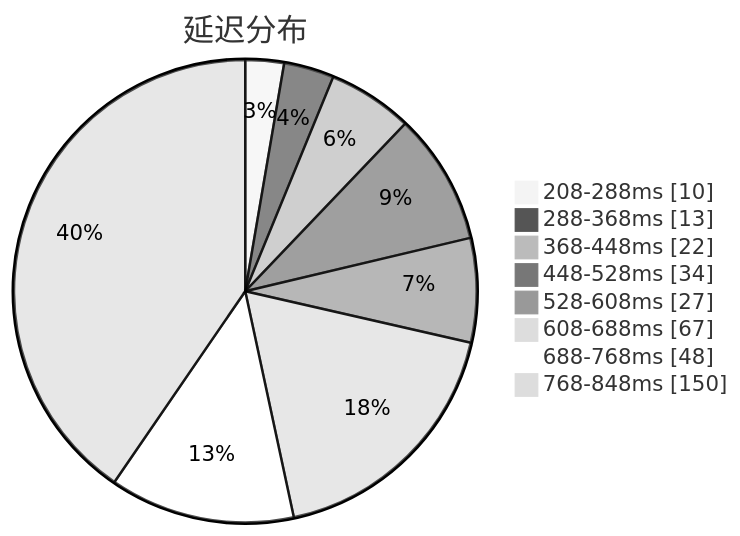
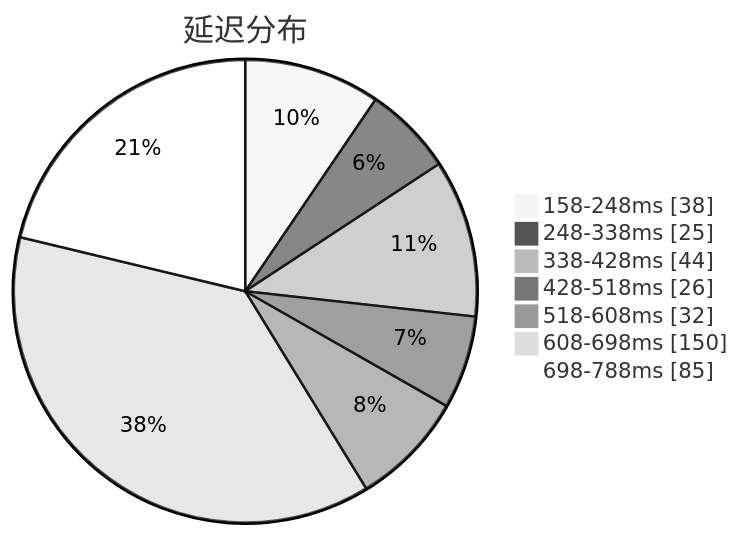
The first of 3 diagrams in subs/statistics/tested_within.md (qjlxg/airport), drawn with Mermaid (neutral theme) before and after one commit. The commit also changed other lines of this file and 2 other files, not shown here.

````diff
--- a/subs/statistics/tested_within.md
+++ b/subs/statistics/tested_within.md
@@ -2,12 +2,11 @@
 ```mermaid
 pie showData
 title 延迟分布
-"208-288ms" : 10
-"288-368ms" : 13
-"368-448ms" : 22
-"448-528ms" : 34
-"528-608ms" : 27
-"608-688ms" : 67
-"688-768ms" : 48
-"768-848ms" : 150
+"158-248ms" : 38
+"248-338ms" : 25
+"338-428ms" : 44
+"428-518ms" : 26
+"518-608ms" : 32
+"608-698ms" : 150
+"698-788ms" : 85
 ```
````
